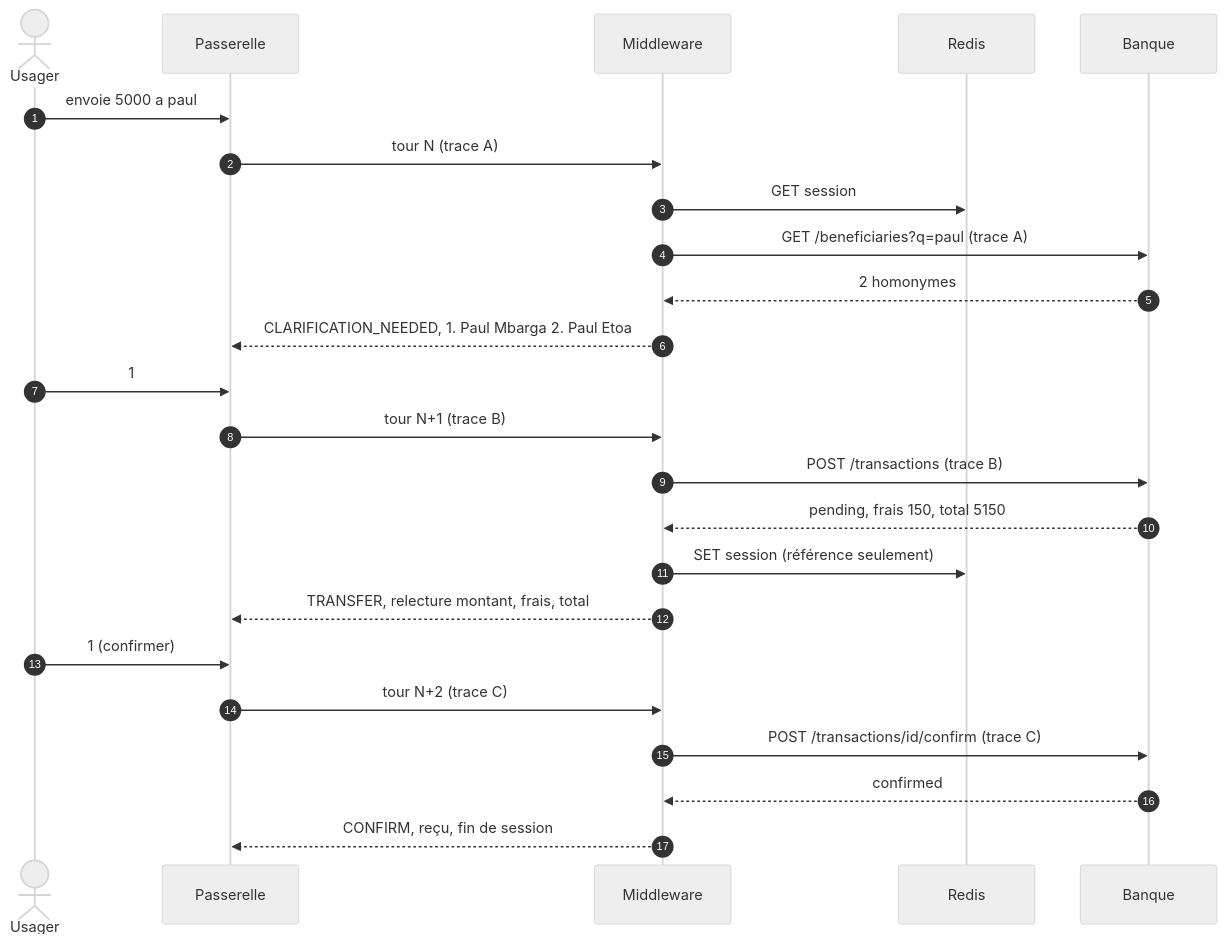
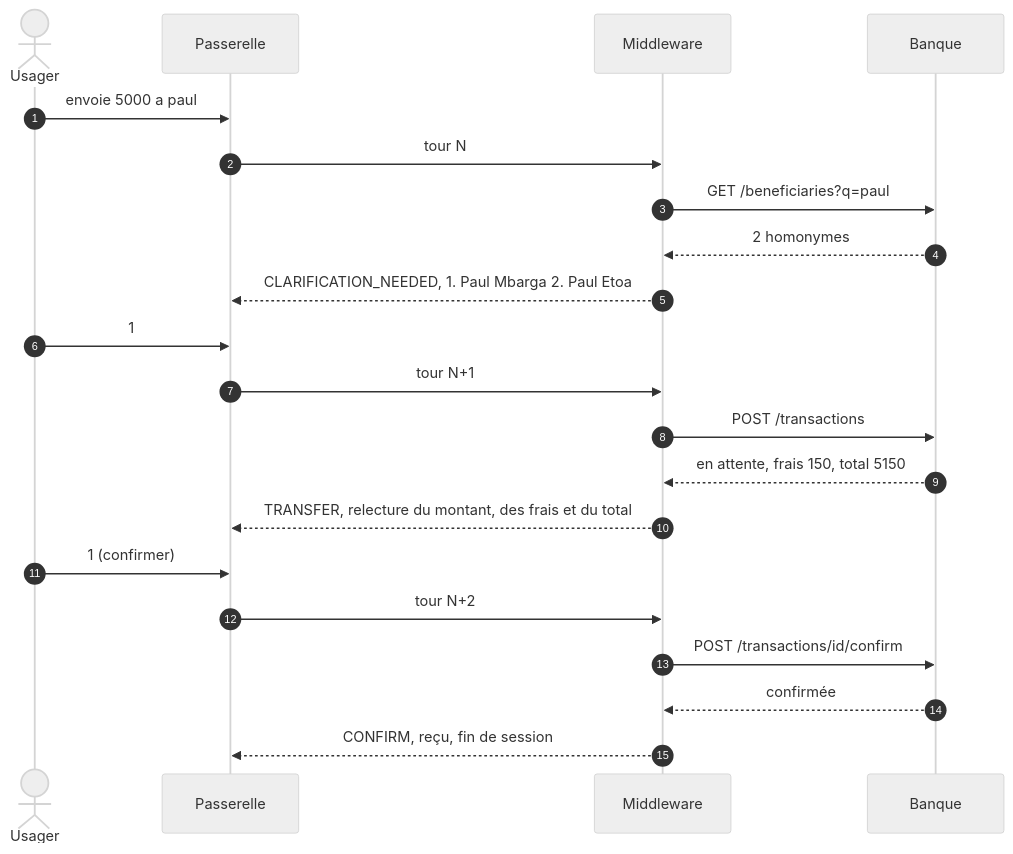
One commit to junguck/nkaplingua changed the third of 8 diagrams in docs/ARCHITECTURE.md. Above: the diagram before and after it, drawn with Mermaid (neutral theme). The commit also changed other lines of this file and 51 other files, not shown here.

````diff
--- a/docs/ARCHITECTURE.md
+++ b/docs/ARCHITECTURE.md
@@ -79,26 +91,23 @@
 ```mermaid
 sequenceDiagram
     autonumber
     actor U as Usager
     participant G as Passerelle
     participant M as Middleware
-    participant R as Redis
     participant B as Banque
     U->>G: envoie 5000 a paul
-    G->>M: tour N (trace A)
-    M->>R: GET session
-    M->>B: GET /beneficiaries?q=paul (trace A)
+    G->>M: tour N
+    M->>B: GET /beneficiaries?q=paul
     B-->>M: 2 homonymes
     M-->>G: CLARIFICATION_NEEDED, 1. Paul Mbarga 2. Paul Etoa
     U->>G: 1
-    G->>M: tour N+1 (trace B)
-    M->>B: POST /transactions (trace B)
-    B-->>M: pending, frais 150, total 5150
-    M->>R: SET session (référence seulement)
-    M-->>G: TRANSFER, relecture montant, frais, total
+    G->>M: tour N+1
+    M->>B: POST /transactions
+    B-->>M: en attente, frais 150, total 5150
+    M-->>G: TRANSFER, relecture du montant, des frais et du total
     U->>G: 1 (confirmer)
-    G->>M: tour N+2 (trace C)
-    M->>B: POST /transactions/id/confirm (trace C)
-    B-->>M: confirmed
+    G->>M: tour N+2
+    M->>B: POST /transactions/id/confirm
+    B-->>M: confirmée
     M-->>G: CONFIRM, reçu, fin de session
 ```
````
